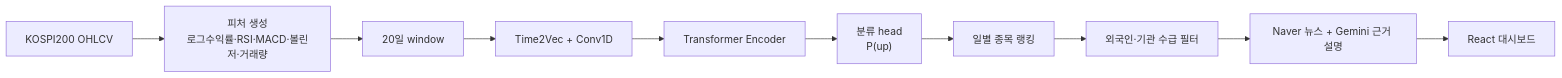
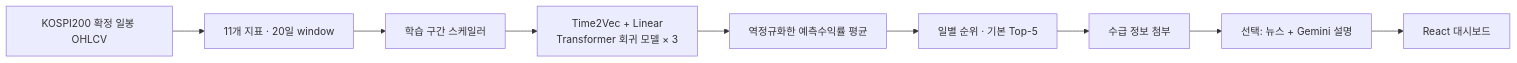
One commit to dan6396/deep-learning-stock-trading changed the diagram in README.md. Above: the diagram before and after it, drawn with Mermaid. The commit also changed other lines of this file and 36 other files, not shown here.

````diff
--- a/README.md
+++ b/README.md
@@ -40,12 +59,11 @@
 ```mermaid
 flowchart LR
-  A["KOSPI200 OHLCV"] --> B["피처 생성<br/>로그수익률·RSI·MACD·볼린저·거래량"]
-  B --> C["20일 window"]
-  C --> D["Time2Vec + Conv1D"]
-  D --> E["Transformer Encoder"]
-  E --> F["분류 head<br/>P(up)"]
-  F --> G["일별 종목 랭킹"]
-  G --> H["외국인·기관 수급 필터"]
-  H --> I["Naver 뉴스 + Gemini 근거 설명"]
-  I --> J["React 대시보드"]
+  A["KOSPI200 확정 일봉 OHLCV"] --> B["11개 지표 · 20일 window"]
+  B --> C["학습 구간 스케일러"]
+  C --> D["Time2Vec + Linear<br/>Transformer 회귀 모델 × 3"]
+  D --> E["역정규화한 예측수익률 평균"]
+  E --> F["일별 순위 · 기본 Top-5"]
+  F --> G["수급 정보 첨부"]
+  G --> H["선택: 뉴스 + Gemini 설명"]
+  H --> I["React 대시보드"]
 ```
````
